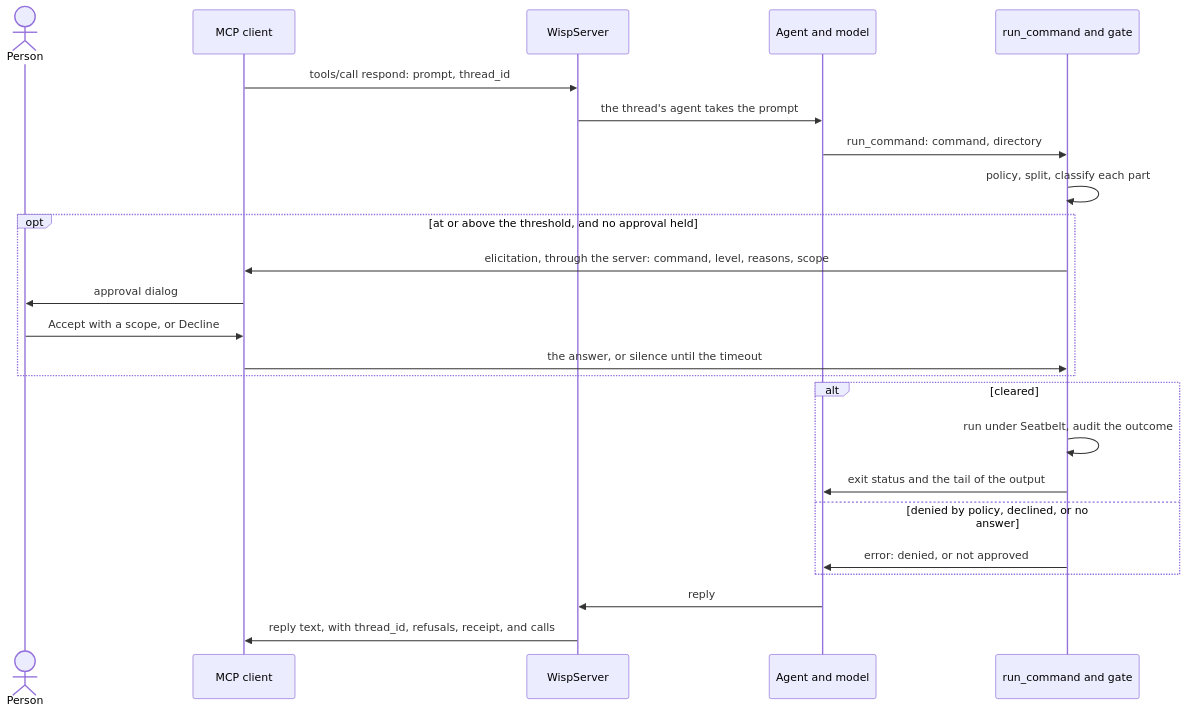
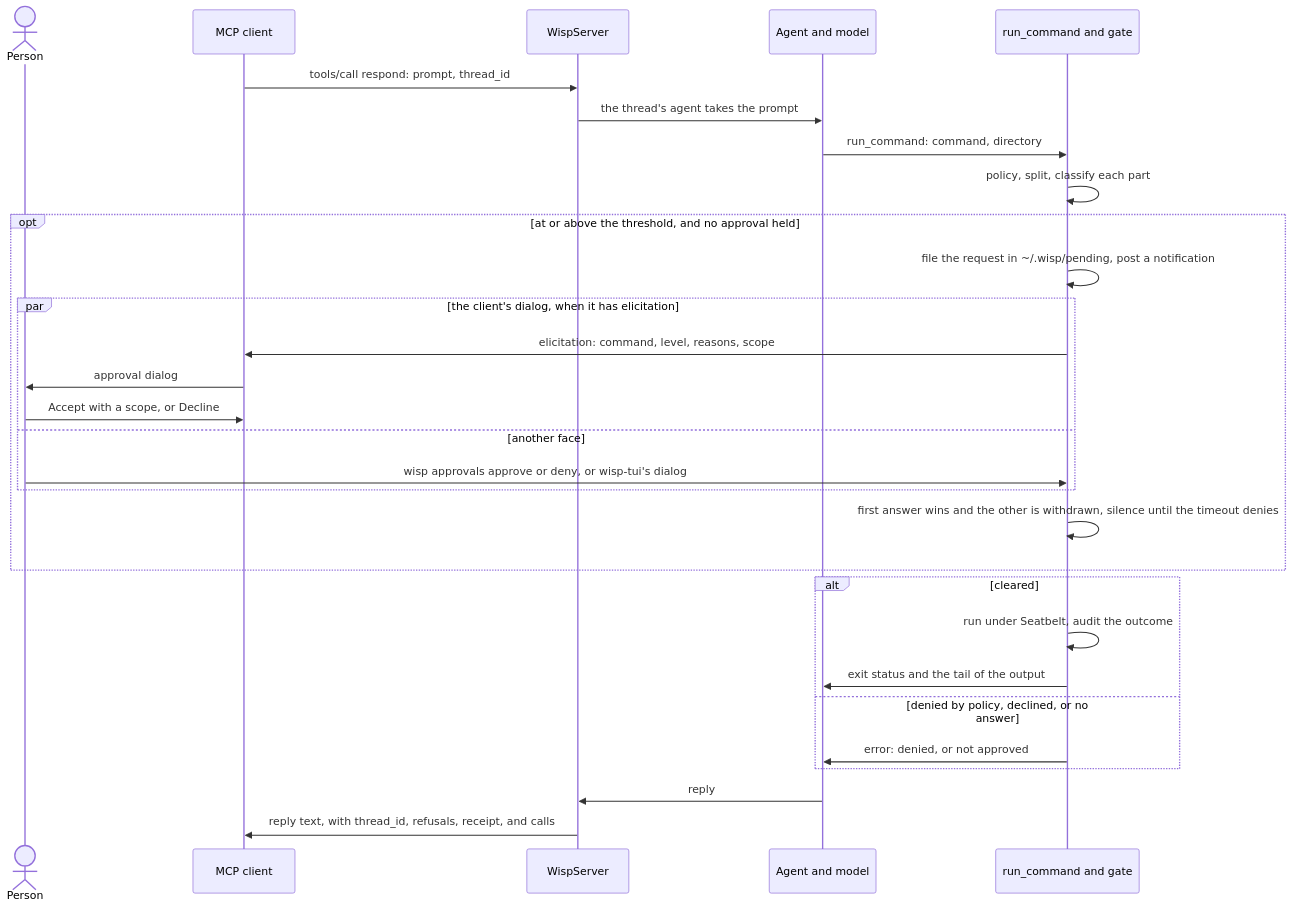
One commit to pidster/wisp changed the first of 2 diagrams in docs/mcp.md. Above: the diagram before and after it, drawn with Mermaid. The commit also changed other lines of this file and 45 other files, not shown here.

First line of the commit message:
Approve MCP commands from another face, and list a turn's notifications

````diff
--- a/docs/mcp.md
+++ b/docs/mcp.md
@@ -314,26 +355,31 @@
 ```mermaid
 sequenceDiagram
     actor person as Person
     participant client as MCP client
     participant server as WispServer
     participant model as Agent and model
     participant run as run_command and gate
     client->>server: tools/call respond: prompt, thread_id
     server->>model: the thread's agent takes the prompt
     model->>run: run_command: command, directory
     run->>run: policy, split, classify each part
     opt at or above the threshold, and no approval held
-        run->>client: elicitation, through the server: command, level, reasons, scope
-        client->>person: approval dialog
-        person->>client: Accept with a scope, or Decline
-        client->>run: the answer, or silence until the timeout
+        run->>run: file the request in ~/.wisp/pending, post a notification
+        par the client's dialog, when it has elicitation
+            run->>client: elicitation: command, level, reasons, scope
+            client->>person: approval dialog
+            person->>client: Accept with a scope, or Decline
+        and another face
+            person->>run: wisp approvals approve or deny, or wisp-tui's dialog
+        end
+        run->>run: first answer wins and the other is withdrawn, silence until the timeout denies
     end
     alt cleared
         run->>run: run under Seatbelt, audit the outcome
         run->>model: exit status and the tail of the output
     else denied by policy, declined, or no answer
         run->>model: error: denied, or not approved
     end
     model->>server: reply
     server->>client: reply text, with thread_id, refusals, receipt, and calls
 ```
````
